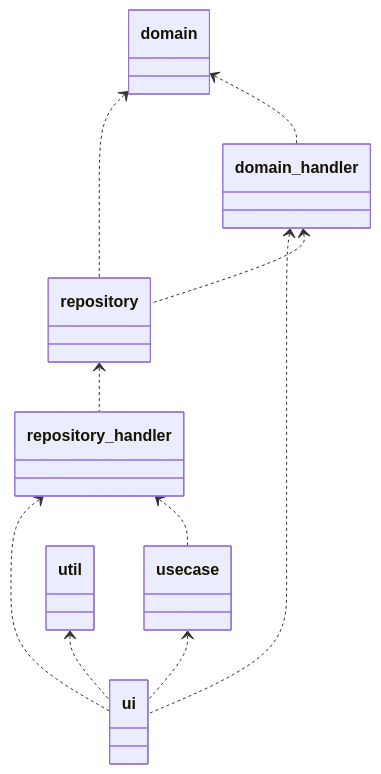
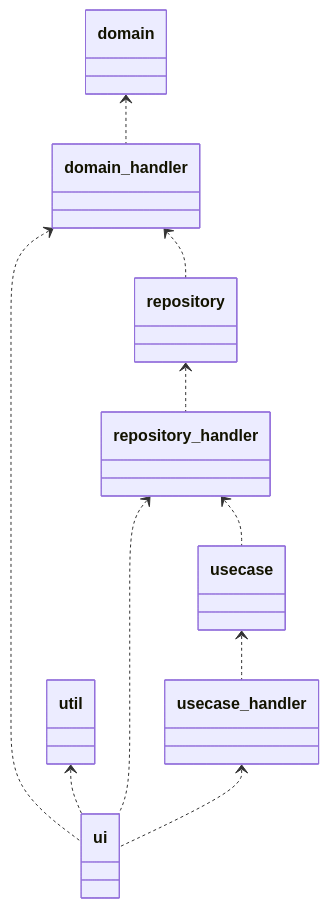
The diagram in README.md (miyatama/rust_console_project_template), drawn with Mermaid before and after one commit. The commit also changed other lines of this file, not shown here.

Commit message:
参照関係の修正

````diff
--- a/README.md
+++ b/README.md
@@ -33,29 +33,29 @@
 ```mermaid
 ---
 参照関係
 ---
 classDiagram
 
-  usecase <.. ui 
+  usecase_handler <.. ui 
   domain_handler <.. ui
   repository_handler <.. ui
+  usecase <.. usecase_handler
+  repository_handler <.. usecase
   repository <.. repository_handler
-  repository_handler <.. usecase
   domain_handler <.. repository
-  domain <.. repository
   domain <.. domain_handler
   util <.. ui
 
   class ui {
   }
   class usecase {
   }
   class repository_handler {
   }
   class repository {
   }
   class domain_handler {
   }
   class domain {
   }
 ```
````
